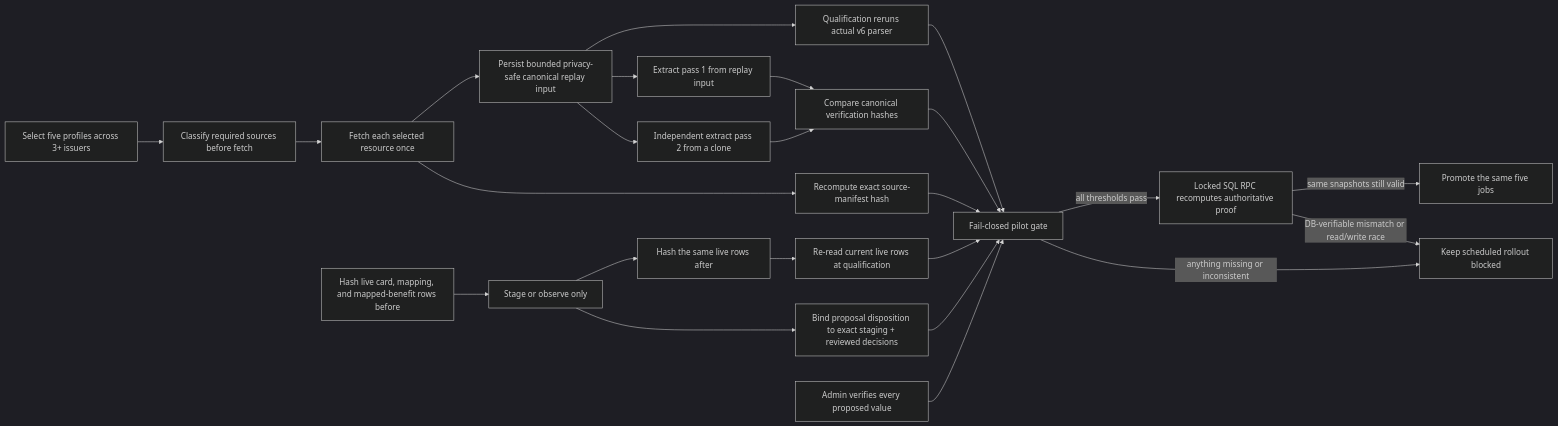
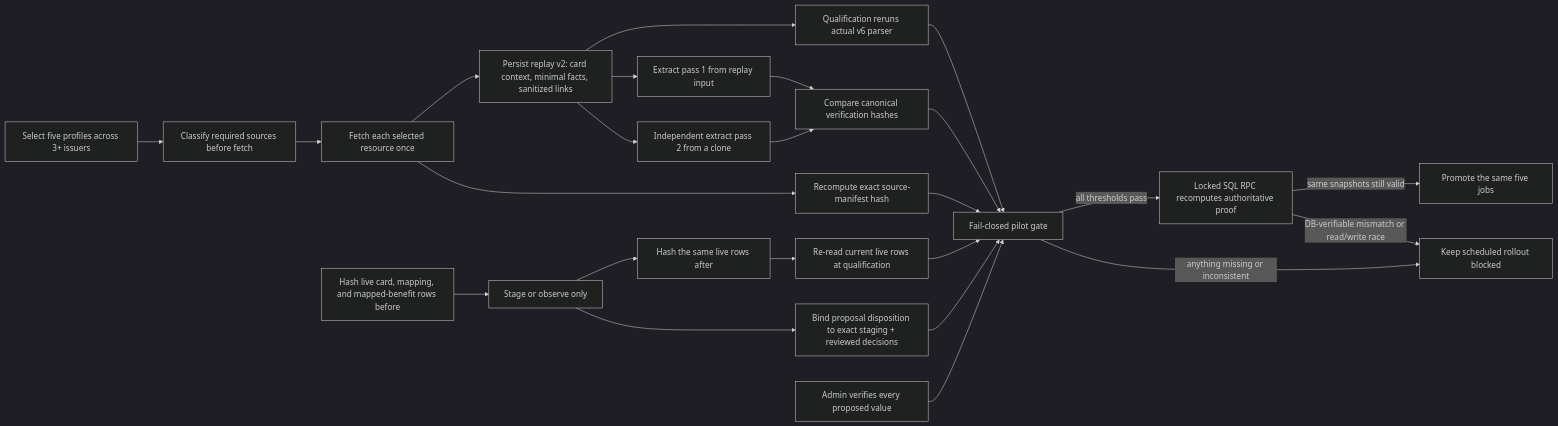
The first of 4 diagrams in docs/architecture/card-ingestion-modernization-review.md (shantanuchandra/cardcompass), drawn with Mermaid (dark theme) before and after one commit. The commit also changed other lines of this file and 10 other files, not shown here.

````diff
--- a/docs/architecture/card-ingestion-modernization-review.md
+++ b/docs/architecture/card-ingestion-modernization-review.md
@@ -259,26 +259,26 @@
 ```mermaid
 flowchart LR
     S["Select five profiles across 3+ issuers"] --> D["Classify required sources before fetch"]
     D --> F["Fetch each selected resource once"]
-    F --> I["Persist bounded privacy-safe canonical replay input"]
+    F --> I["Persist replay v2: card context, minimal facts, sanitized links"]
     I --> R1["Extract pass 1 from replay input"]
     I --> R2["Independent extract pass 2 from a clone"]
     R1 --> H["Compare canonical verification hashes"]
     R2 --> H
     F --> M["Recompute exact source-manifest hash"]
     B["Hash live card, mapping, and mapped-benefit rows before"] --> P["Stage or observe only"]
     P --> A["Hash the same live rows after"]
     A --> C["Re-read current live rows at qualification"]
     P --> T["Bind proposal disposition to exact staging + reviewed decisions"]
     I --> RR["Qualification reruns actual v6 parser"]
     RR --> G["Fail-closed pilot gate"]
     H --> G
     M --> G
     C --> G
     T --> G
     V["Admin verifies every proposed value"] --> G
     G -->|"all thresholds pass"| Q["Locked SQL RPC recomputes authoritative proof"]
     Q -->|"same snapshots still valid"| O["Promote the same five jobs"]
     Q -->|"DB-verifiable mismatch or read/write race"| X
     G -->|"anything missing or inconsistent"| X["Keep scheduled rollout blocked"]
 ```
````
